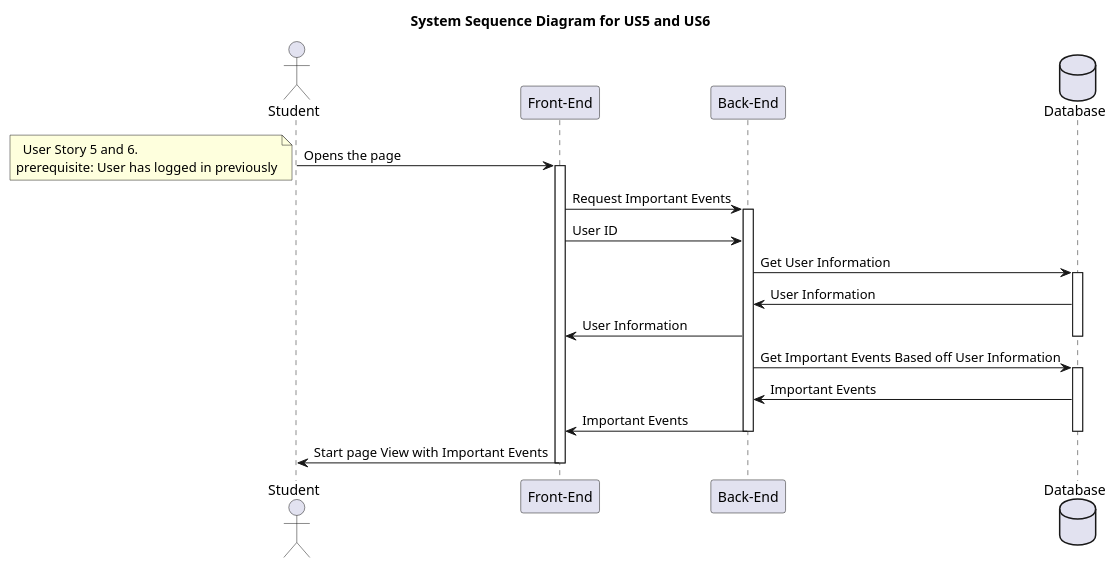
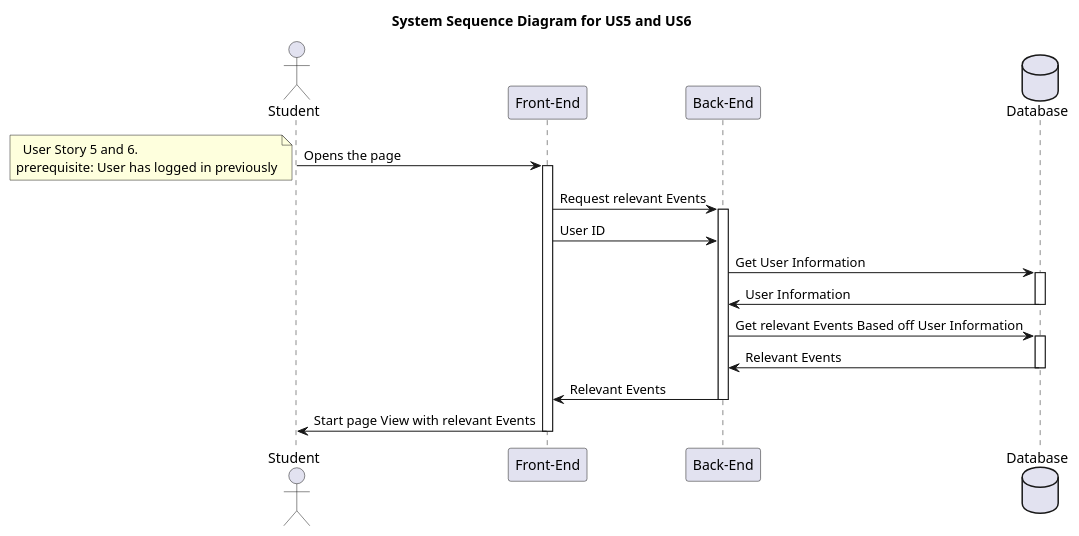
Before and after one commit to oscarboe/Studieforeningskalender_Front_end: the diagram in SystemSekvensUS5US6.puml, drawn with PlantUML.

```diff
--- a/SystemSekvensUS5US6.puml
+++ b/SystemSekvensUS5US6.puml
@@ -1,31 +1,30 @@
 @startuml "US5 and US6 System"
 title System Sequence Diagram for US5 and US6
 actor Student as User
 participant "Front-End" as FrontEnd 
 participant "Back-End"  as BackEnd
 database Database
 User -> FrontEnd: Opens the page
 note left
   User Story 5 and 6.
 prerequisite: User has logged in previously
 end note
 activate FrontEnd
 
-FrontEnd -> BackEnd: Request Important Events 
+FrontEnd -> BackEnd: Request relevant Events 
 activate BackEnd
 FrontEnd -> BackEnd: User ID
 BackEnd -> Database: Get User Information
 activate Database
 Database -> BackEnd: User Information
-BackEnd -> FrontEnd: User Information
 deactivate Database
-BackEnd -> Database: Get Important Events Based off User Information
+BackEnd -> Database: Get relevant Events Based off User Information
 activate Database
-Database -> BackEnd: Important Events
-BackEnd -> FrontEnd: Important Events
+Database -> BackEnd: Relevant Events
 deactivate Database
+BackEnd -> FrontEnd: Relevant Events
 deactivate BackEnd
-FrontEnd -> User: Start page View with Important Events
+FrontEnd -> User: Start page View with relevant Events
 deactivate FrontEnd
 
 @enduml
```
